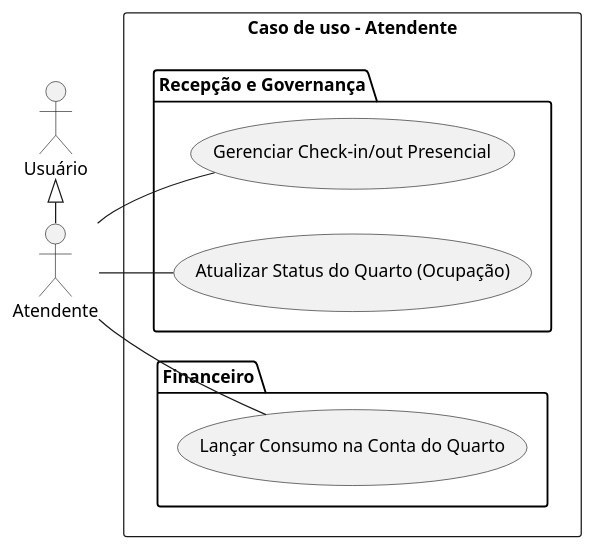
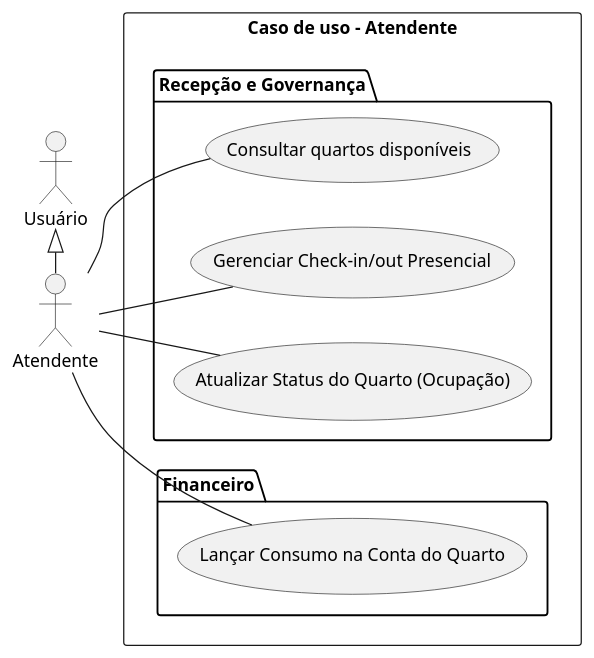
One commit to gusjjpv/serro-hotelaria changed the diagram in docs/diagramas/casoDeUso/UC4_atendente_v2.iuml. Above: the diagram before and after it, drawn with PlantUML. The commit also changed 3 other files, not shown here.

```diff
--- a/docs/diagramas/casoDeUso/UC4_atendente_v2.iuml
+++ b/docs/diagramas/casoDeUso/UC4_atendente_v2.iuml
@@ -1,24 +1,26 @@
 @startuml
 left to right direction
 
 actor "Usuário" as usuario
 actor "Atendente" as atendente
 
 usuario <|-right- atendente
 
 rectangle "Caso de uso - Atendente" {
     package "Recepção e Governança" {
+        usecase "Consultar quartos disponíveis" as uc01
         usecase "Gerenciar Check-in/out Presencial" as uc07
         usecase "Atualizar Status do Quarto (Ocupação)" as uc10
     }
 
     package "Financeiro" {
         usecase "Lançar Consumo na Conta do Quarto" as uc09
     }
-
+    
+    atendente -- uc01
     atendente -- uc07
     atendente -- uc10
     atendente -- uc09
 }
 
 @enduml
```
